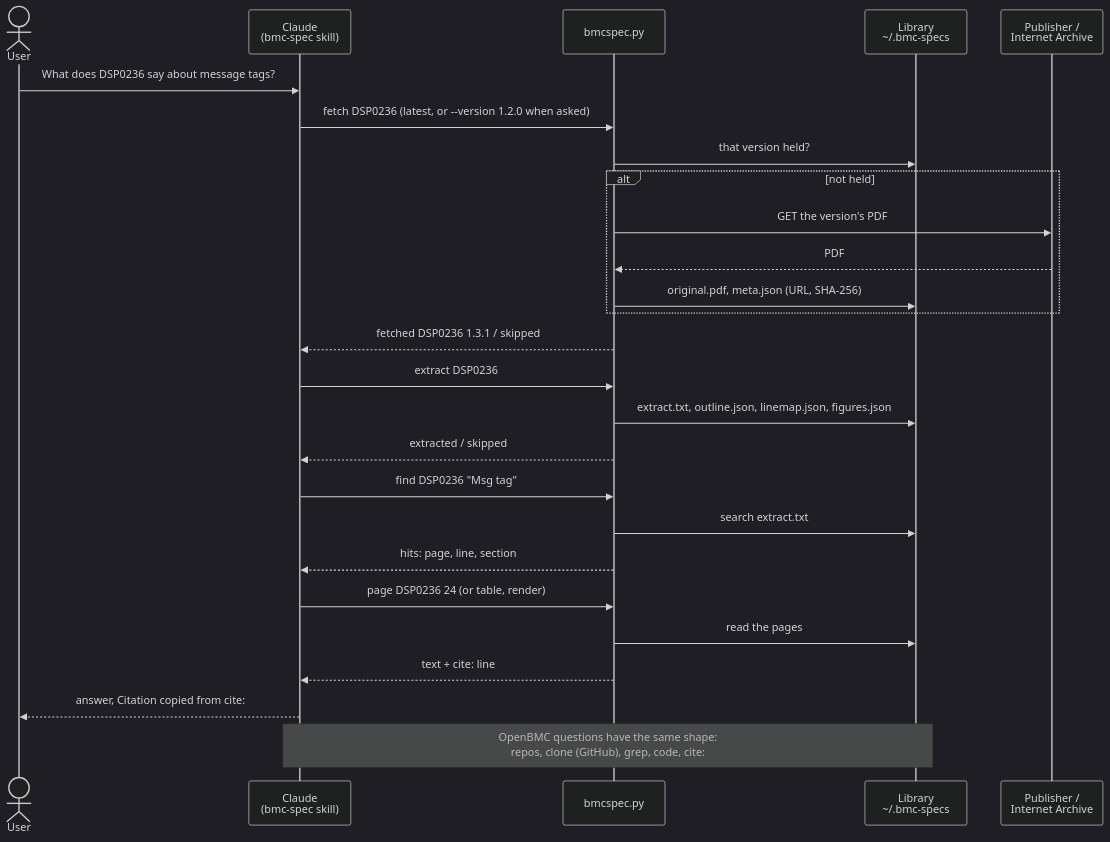
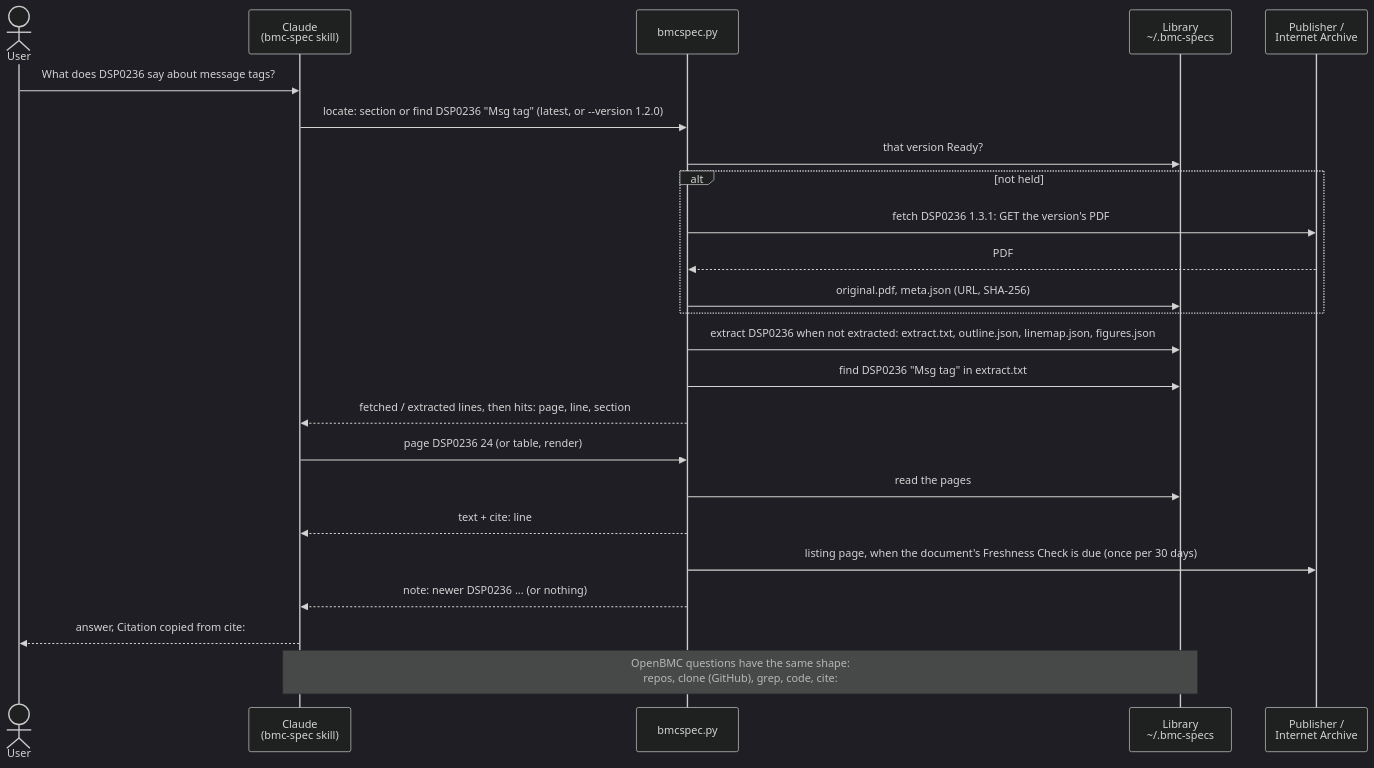
The diagram in README.md (ianmhuang/bmc-toolkit), drawn with Mermaid (dark theme) before and after one commit. The commit also changed other lines of this file and 27 other files, not shown here.

First line of the commit message:
Reading commands make the document Ready themselves; the skill locates first (#20)

````diff
--- a/README.md
+++ b/README.md
@@ -61,29 +61,27 @@
 ```mermaid
 sequenceDiagram
     actor User
     participant Claude as Claude<br/>(bmc-spec skill)
     participant CLI as bmcspec.py
     participant Lib as Library<br/>~/.bmc-specs
     participant Pub as Publisher /<br/>Internet Archive
 
     User->>Claude: What does DSP0236 say about message tags?
-    Claude->>CLI: fetch DSP0236 (latest, or --version 1.2.0 when asked)
-    CLI->>Lib: that version held?
+    Claude->>CLI: locate: section or find DSP0236 "Msg tag" (latest, or --version 1.2.0)
+    CLI->>Lib: that version Ready?
     alt not held
-        CLI->>Pub: GET the version's PDF
+        CLI->>Pub: fetch DSP0236 1.3.1: GET the version's PDF
         Pub-->>CLI: PDF
         CLI->>Lib: original.pdf, meta.json (URL, SHA-256)
     end
-    CLI-->>Claude: fetched DSP0236 1.3.1 / skipped
-    Claude->>CLI: extract DSP0236
-    CLI->>Lib: extract.txt, outline.json, linemap.json, figures.json
-    CLI-->>Claude: extracted / skipped
-    Claude->>CLI: find DSP0236 "Msg tag"
-    CLI->>Lib: search extract.txt
-    CLI-->>Claude: hits: page, line, section
+    CLI->>Lib: extract DSP0236 when not extracted: extract.txt, outline.json, linemap.json, figures.json
+    CLI->>Lib: find DSP0236 "Msg tag" in extract.txt
+    CLI-->>Claude: fetched / extracted lines, then hits: page, line, section
     Claude->>CLI: page DSP0236 24 (or table, render)
     CLI->>Lib: read the pages
     CLI-->>Claude: text + cite: line
+    CLI->>Pub: listing page, when the document's Freshness Check is due (once per 30 days)
+    CLI-->>Claude: note: newer DSP0236 ... (or nothing)
     Claude-->>User: answer, Citation copied from cite:
     Note over Claude,Lib: OpenBMC questions have the same shape:<br/>repos, clone (GitHub), grep, code, cite:
 ```
````
